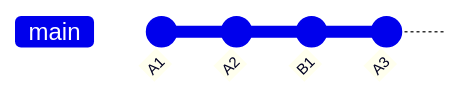
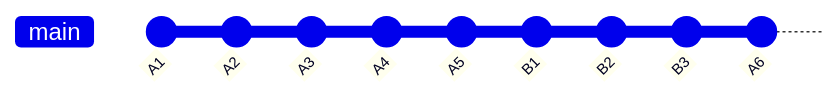
Before and after one commit to Napolitain/napolitain.github.io: the second of 2 diagrams in src/content/blog/2-rebase-is-evil.md, drawn with Mermaid. The commit also changed other lines of this file, not shown here.

Commit message:
Polish rebase blogpost: fix grammar, layout diagrams side-by-side

````diff
--- a/src/content/blog/2-rebase-is-evil.md
+++ b/src/content/blog/2-rebase-is-evil.md
@@ -50,7 +44,12 @@
 ```mermaid
 gitGraph
    commit id: "A1"
    commit id: "A2"
+   commit id: "A3"
+   commit id: "A4"
+   commit id: "A5"
    commit id: "B1"
-   commit id: "A3"
+   commit id: "B2"
+   commit id: "B3"
+   commit id: "A6"
 ```
````
